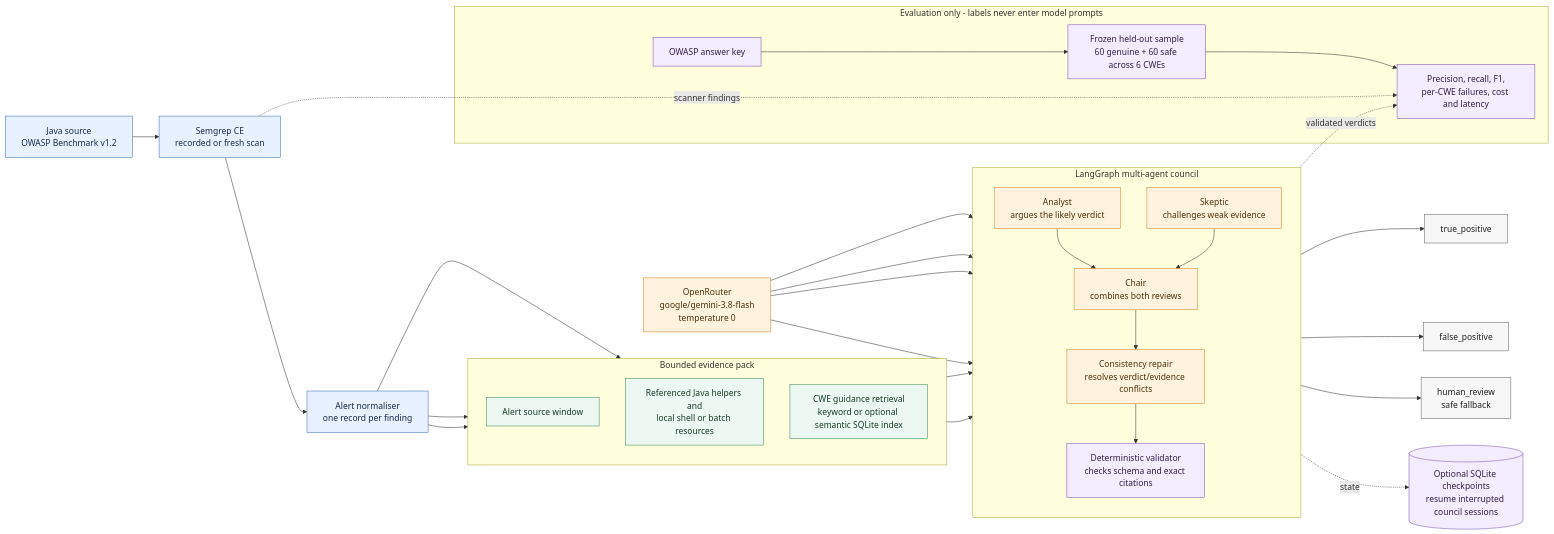
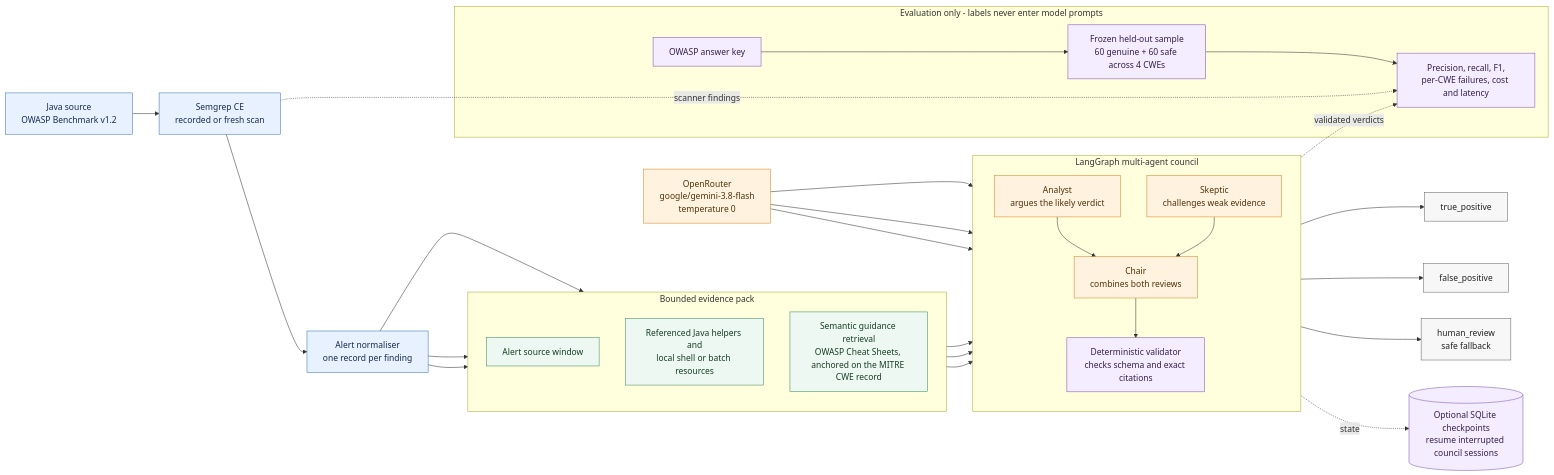
One commit to than-wl/SE201-G1T4-TriageBot changed the diagram in docs/architecture/TriageBot_Architecture_Diagram.mmd. Above: the diagram before and after it, drawn with Mermaid. The commit also changed 2 other files, not shown here.

Commit message:
Update team contributions, demo caption and Mermaid diagram
The team table now lists each member's work from the git history,
including Darren's experiment framework, steps 1 to 7 and the semantic
default. The demo image notes that it is a ten-alert sample and points
to the full results. The Mermaid diagram matches the final version: no
consistency repair, the Chair receives the evidence pack, guidance is
semantic, and the final test covers 4 CWEs.

```diff
--- a/docs/architecture/TriageBot_Architecture_Diagram.mmd
+++ b/docs/architecture/TriageBot_Architecture_Diagram.mmd
@@ -1,61 +1,60 @@
 flowchart LR
     SRC["Java source\nOWASP Benchmark v1.2"] --> SG["Semgrep CE\nrecorded or fresh scan"]
     SG --> NORM["Alert normaliser\none record per finding"]
 
     subgraph EVIDENCE["Bounded evidence pack"]
       direction TB
       WINDOW["Alert source window"]
       RELATED["Referenced Java helpers and\nlocal shell or batch resources"]
-      GUIDE["CWE guidance retrieval\nkeyword or optional semantic SQLite index"]
+      GUIDE["Semantic guidance retrieval\nOWASP Cheat Sheets, anchored on the MITRE CWE record"]
     end
 
     NORM --> WINDOW
     NORM --> RELATED
     NORM --> GUIDE
 
     subgraph COUNCIL["LangGraph multi-agent council"]
       direction TB
       A["Analyst\nargues the likely verdict"]
       S["Skeptic\nchallenges weak evidence"]
       C["Chair\ncombines both reviews"]
-      R["Consistency repair\nresolves verdict/evidence conflicts"]
       V["Deterministic validator\nchecks schema and exact citations"]
       A --> C
       S --> C
-      C --> R --> V
+      C --> V
     end
 
     EVIDENCE --> A
     EVIDENCE --> S
+    EVIDENCE --> C
     OR["OpenRouter\ngoogle/gemini-3.8-flash\ntemperature 0"] --> A
     OR --> S
     OR --> C
-    OR --> R
 
     V --> TP["true_positive"]
     V --> FP["false_positive"]
     V --> HR["human_review\nsafe fallback"]
 
     DB[("Optional SQLite checkpoints\nresume interrupted council sessions")]
     COUNCIL -. state .-> DB
 
     subgraph EVAL["Evaluation only - labels never enter model prompts"]
       KEY["OWASP answer key"]
-      SPLIT["Frozen held-out sample\n60 genuine + 60 safe across 6 CWEs"]
+      SPLIT["Frozen held-out sample\n60 genuine + 60 safe across 4 CWEs"]
       SCORE["Precision, recall, F1,\nper-CWE failures, cost and latency"]
       KEY --> SPLIT --> SCORE
     end
 
     SG -. scanner findings .-> SCORE
     V -. validated verdicts .-> SCORE
 
     classDef source fill:#e8f1ff,stroke:#3973b7,color:#172b4d;
     classDef process fill:#eef8f2,stroke:#3b8b5a,color:#173d27;
     classDef ai fill:#fff3df,stroke:#d78321,color:#51310b;
     classDef safety fill:#f4ecff,stroke:#7d55b3,color:#33204c;
     classDef outcome fill:#f7f7f7,stroke:#666,color:#222;
     class SRC,SG,NORM source;
     class WINDOW,RELATED,GUIDE process;
     class A,S,C,R,OR ai;
     class V,DB,KEY,SPLIT,SCORE safety;
     class TP,FP,HR outcome;
```
